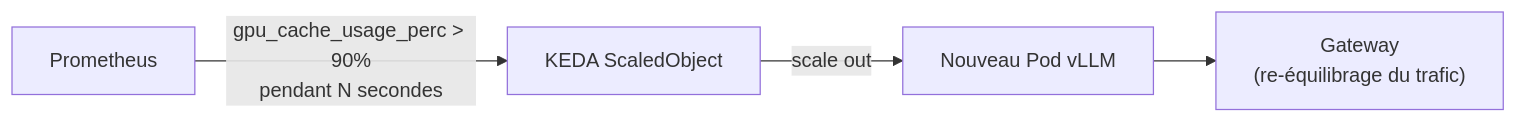
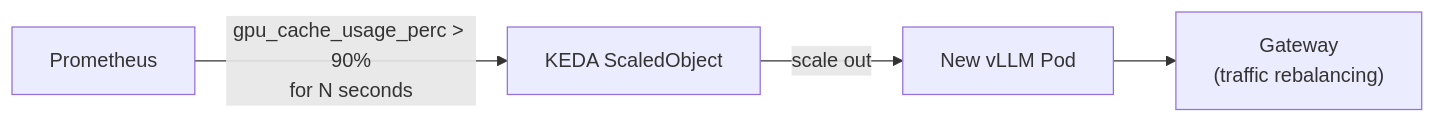
Before and after one commit to ADORSYS-GIS/Custom-Ai-Ops: the eighth of 9 diagrams in docs/explain/kv-cache.md, drawn with Mermaid. The commit also changed other lines of this file and 22 other files, not shown here.

````diff
--- a/docs/explain/kv-cache.md
+++ b/docs/explain/kv-cache.md
@@ -278,6 +278,6 @@
 ```mermaid
 flowchart LR
-    PROM["Prometheus"] -->|"gpu_cache_usage_perc > 90%\npendant N secondes"| KEDA["KEDA ScaledObject"]
-    KEDA -->|scale out| NEWPOD["Nouveau Pod vLLM"]
-    NEWPOD --> GW["Gateway\n(re-équilibrage du trafic)"]
+    PROM["Prometheus"] -->|"gpu_cache_usage_perc > 90%\nfor N seconds"| KEDA["KEDA ScaledObject"]
+    KEDA -->|scale out| NEWPOD["New vLLM Pod"]
+    NEWPOD --> GW["Gateway\n(traffic rebalancing)"]
 ```
````
